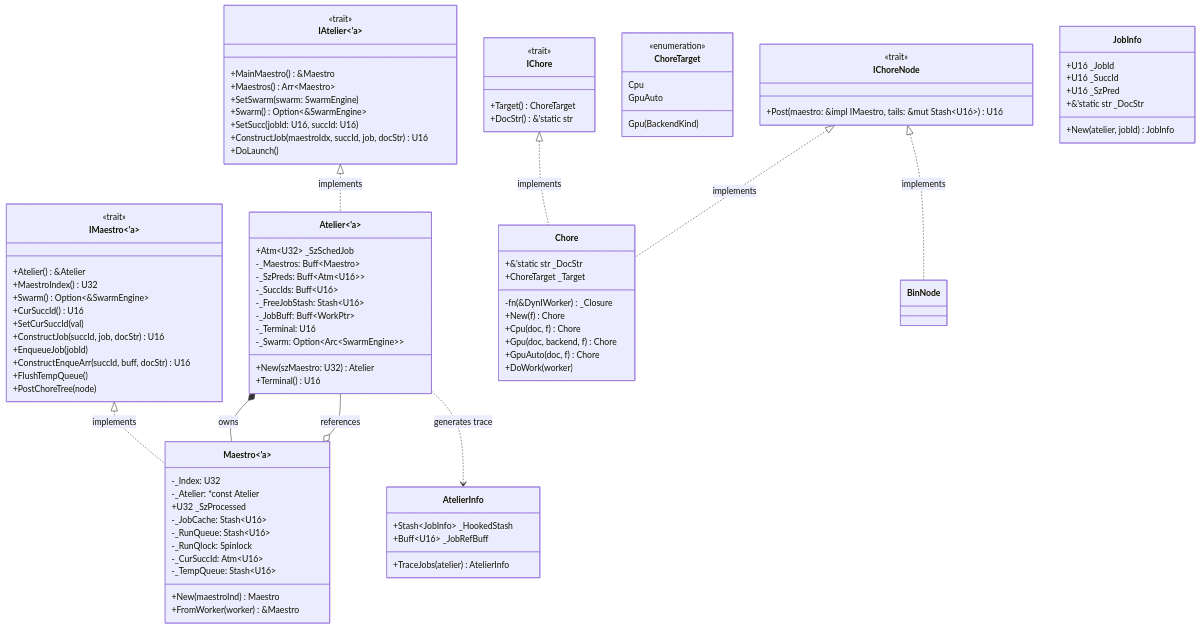
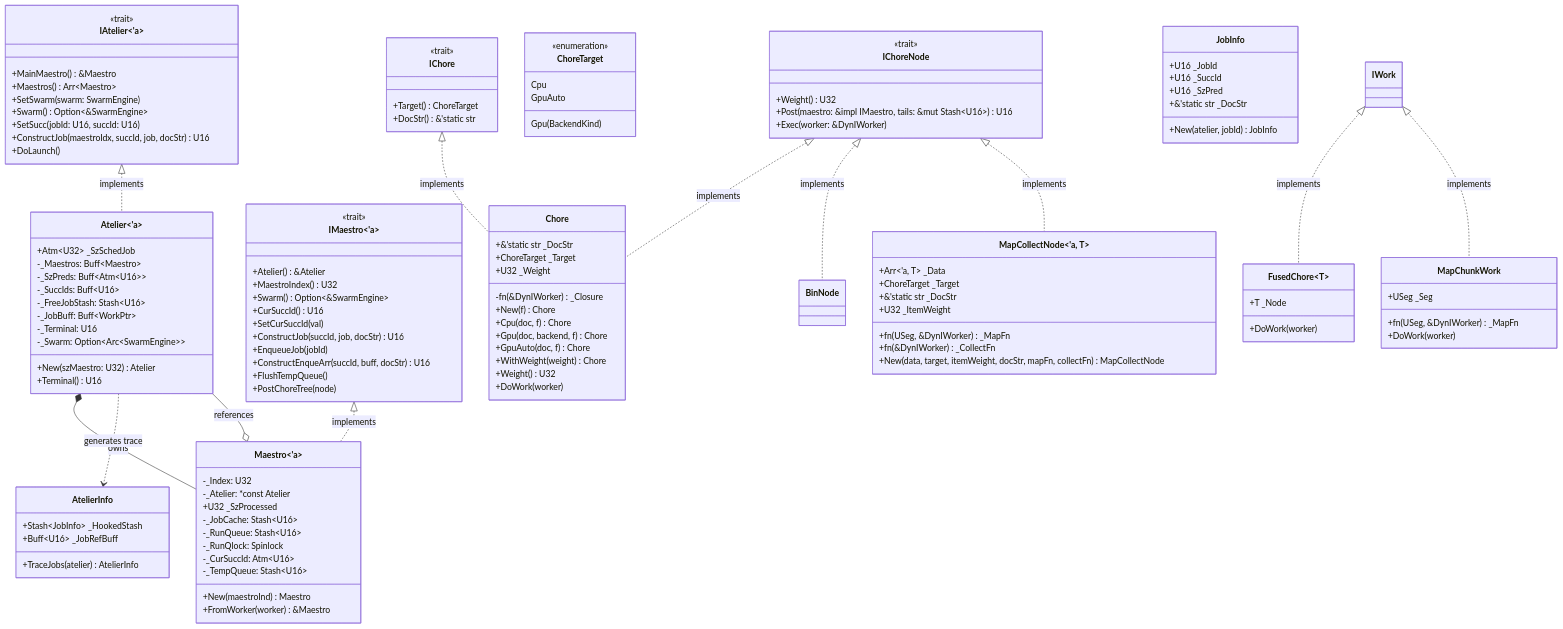
Before and after one commit to jswarup/Kosh: the first of 3 diagrams in wiki/Heist.md, drawn with Mermaid. The commit also changed other lines of this file and 2 other files, not shown here.

Commit message:
docs(heist): update architecture and wiki docs for MapCollect, Chore-Weight, and Automatic Sequential Fusion

```diff
--- a/wiki/Heist.md
+++ b/wiki/Heist.md
@@ -74,11 +76,14 @@
     class Chore {
         +&'static str _DocStr
         +ChoreTarget _Target
+        +U32 _Weight
         -fn(&DynIWorker) _Closure
         +New(f) Chore
         +Cpu(doc, f) Chore
         +Gpu(doc, backend, f) Chore
         +GpuAuto(doc, f) Chore
+        +WithWeight(weight) Chore
+        +Weight() U32
         +DoWork(worker)
     }
 
@@ -91,7 +96,30 @@
 
     class IChoreNode {
         <<trait>>
+        +Weight() U32
         +Post(maestro: &impl IMaestro, tails: &mut Stash~U16~) U16
+        +Exec(worker: &DynIWorker)
+    }
+
+    class FusedChore~T~ {
+        +T _Node
+        +DoWork(worker)
+    }
+
+    class MapCollectNode~'a, T~ {
+        +Arr~'a, T~ _Data
+        +ChoreTarget _Target
+        +&'static str _DocStr
+        +U32 _ItemWeight
+        +fn(USeg, &DynIWorker) _MapFn
+        +fn(&DynIWorker) _CollectFn
+        +New(data, target, itemWeight, docStr, mapFn, collectFn) MapCollectNode
+    }
+
+    class MapChunkWork {
+        +USeg _Seg
+        +fn(USeg, &DynIWorker) _MapFn
+        +DoWork(worker)
     }
 
     class JobInfo {
@@ -113,6 +141,9 @@
     IChore <|.. Chore : implements
     IChoreNode <|.. Chore : implements
     IChoreNode <|.. BinNode : implements
+    IChoreNode <|.. MapCollectNode : implements
+    IWork <|.. FusedChore : implements
+    IWork <|.. MapChunkWork : implements
     Atelier *-- Maestro : owns
     Maestro o-- Atelier : references
     Atelier ..> AtelierInfo : generates trace
```
